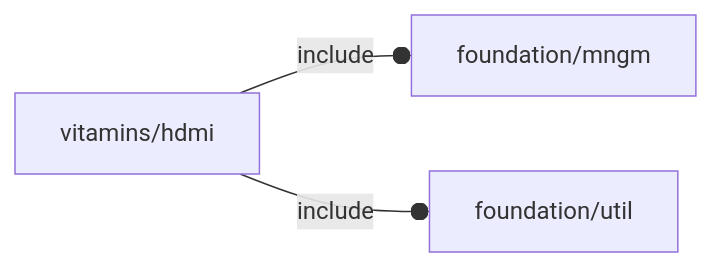
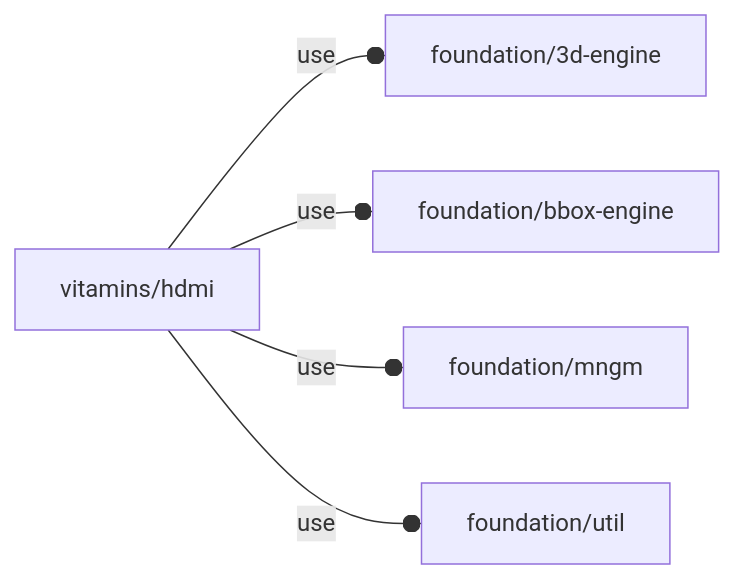
The diagram in orthodocs/vitamins/hdmi.md (ggabbiani/OFL), drawn with Mermaid before and after one commit. The commit also changed other lines of this file and 74 other files, not shown here.

````diff
--- a/orthodocs/vitamins/hdmi.md
+++ b/orthodocs/vitamins/hdmi.md
@@ -5,5 +5,7 @@
 ```mermaid
 graph LR
-    A1[vitamins/hdmi] --o|include| A2[foundation/mngm]
-    A1 --o|include| A3[foundation/util]
+    A1[vitamins/hdmi] --o|use| A2[foundation/3d-engine]
+    A1 --o|use| A3[foundation/bbox-engine]
+    A1 --o|use| A4[foundation/mngm]
+    A1 --o|use| A5[foundation/util]
 ```
````
